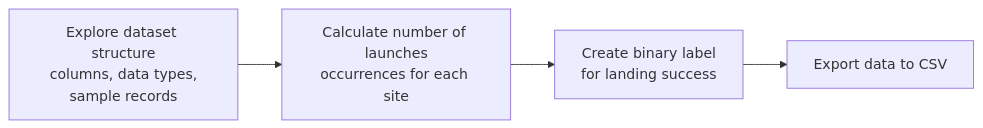
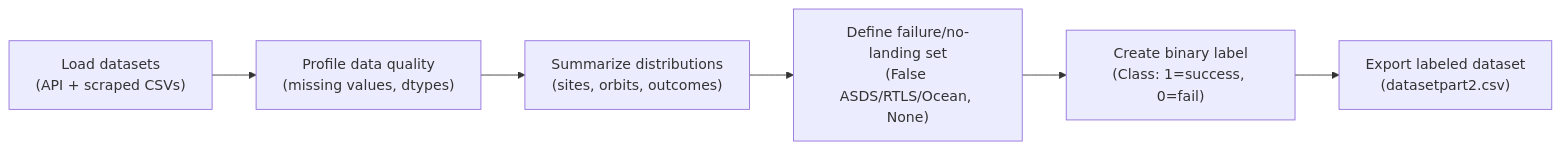
One commit to EladdadMahdi/IBM-Applied-Data-Science-Capstone changed the third of 3 diagrams in README.md. Above: the diagram before and after it, drawn with Mermaid. The commit also changed other lines of this file and 14 other files, not shown here.

`````diff
--- a/README.md
+++ b/README.md
@@ -79,8 +93,10 @@
 ```mermaid
-graph LR
-    A["Explore dataset structure<br/>columns, data types,<br/>sample records"] 
-        --> B["Calculate number of launches<br/>occurrences for each site"]
-        --> C["Create binary label<br/>for landing success"]
-        --> D["Export data to CSV"]
+
+   graph LR
+   A["Load datasets<br/>(API + scraped CSVs)"] --> B["Profile data quality<br/>(missing values, dtypes)"]
+   B --> C["Summarize distributions<br/>(sites, orbits, outcomes)"]
+   C --> D["Define failure/no-landing set<br/>(False ASDS/RTLS/Ocean, None)"]
+   D --> E["Create binary label<br/>(Class: 1=success, 0=fail)"]
+   E --> F["Export labeled dataset<br/>(datasetpart2.csv)"]
 
 ````
`````
